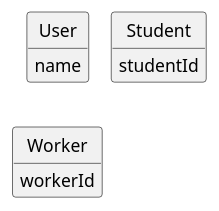
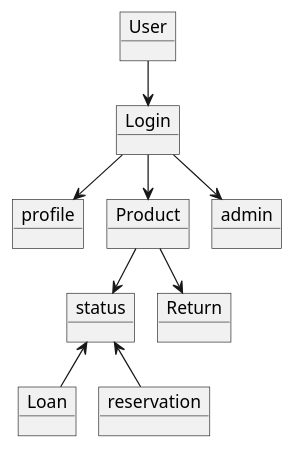
Before and after one commit to daud0095/Pet-Project: the diagram in Domænemodel /Domænemodel.puml, drawn with PlantUML.

Commit message:
Domænemodel rettelse

```diff
--- a/Domænemodel /Domænemodel.puml
+++ b/Domænemodel /Domænemodel.puml
@@ -1,21 +1,36 @@
 @startuml
 !pragma layout smetana
 hide circle
 hide methods
 skinparam classAttributeIconSize 0
 
-class User {
-   name
-}
+object User
+object Login
+object profile
+object Product
+object Loan
+object status
+object reservation
+object Return
+object admin
 
-class Student {
-studentId
-}
 
-class Worker {
-workerId
-}
+Login --> Product
+User --> Login
+Login --> admin
+Login --> profile
+Product --> status
+status <-- Loan
+status <-- reservation
+Product --> Return
+
+
+
+
+
+
+
 
 
 
 @enduml
```
